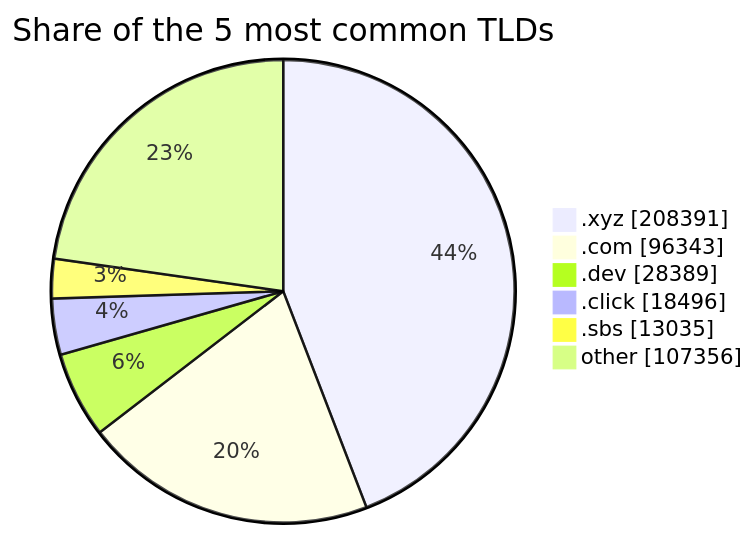
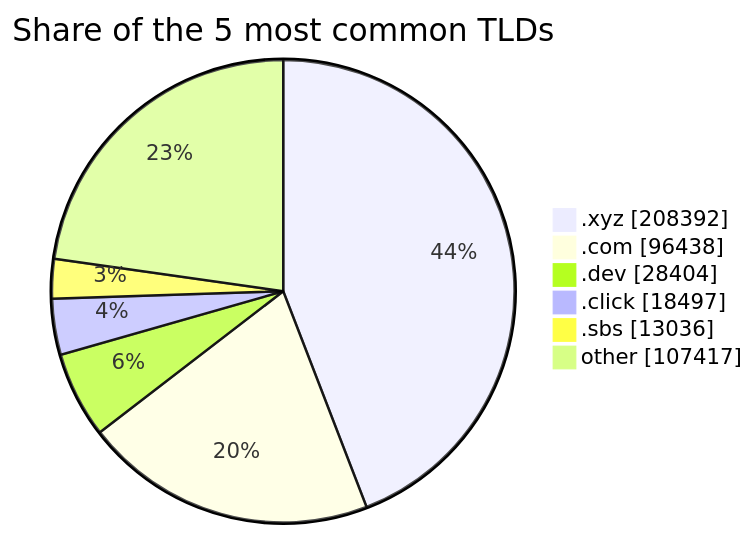
Before and after one commit to DNSBunker/CTI: the second of 2 diagrams in README.md, drawn with Mermaid. The commit also changed other lines of this file and 3 other files, not shown here.

````diff
--- a/README.md
+++ b/README.md
@@ -72,9 +72,9 @@
 ```mermaid
 pie showData title Share of the 5 most common TLDs
-    ".xyz" : 208391
-    ".com" : 96343
-    ".dev" : 28389
-    ".click" : 18496
-    ".sbs" : 13035
-    "other" : 107356
+    ".xyz" : 208392
+    ".com" : 96438
+    ".dev" : 28404
+    ".click" : 18497
+    ".sbs" : 13036
+    "other" : 107417
 ```
````
